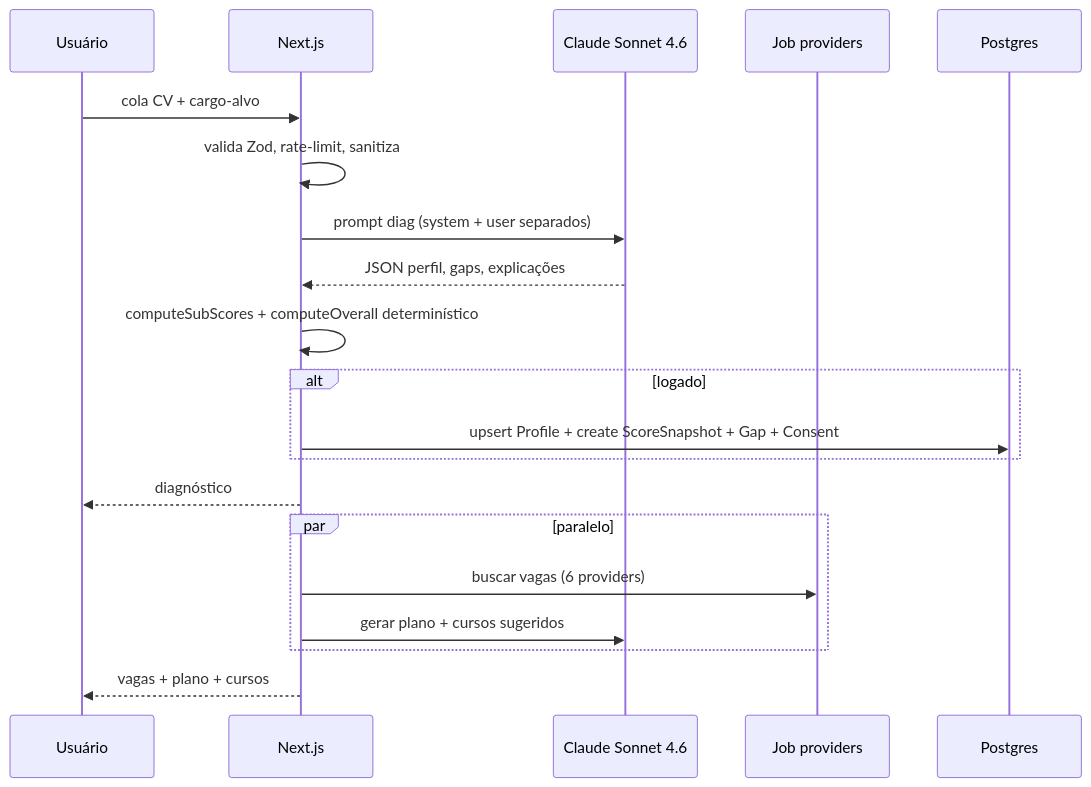
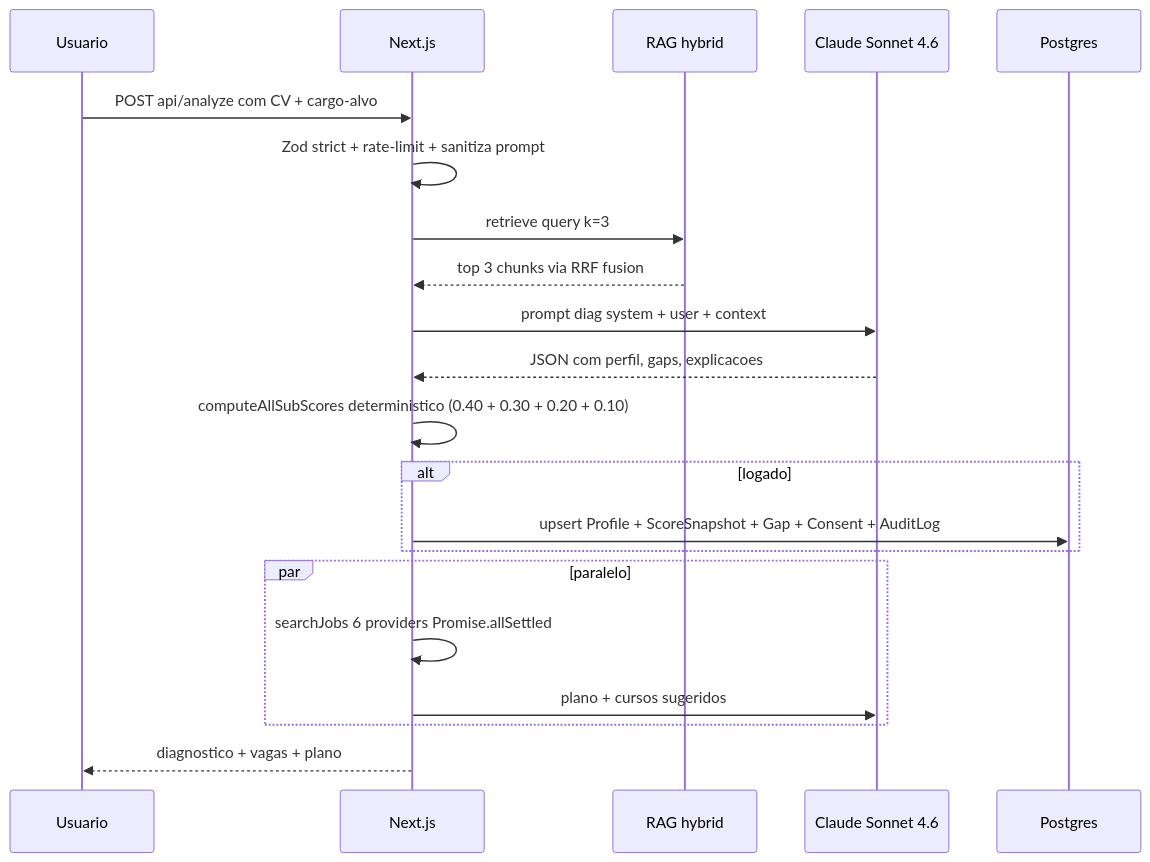
The second of 6 diagrams in README.md (akamitatrush/CareerTwinAI), drawn with Mermaid before and after one commit. The commit also changed other lines of this file, not shown here.

First line of the commit message:
fix(README): mermaid syntax em 5 diagramas (sem [/...] nem <br/>)

````diff
--- a/README.md
+++ b/README.md
@@ -45,23 +98,24 @@
 ```mermaid
 sequenceDiagram
-    participant U as Usuário
+    participant U as Usuario
     participant N as Next.js
+    participant RAG as RAG hybrid
     participant LLM as Claude Sonnet 4.6
-    participant J as Job providers
     participant DB as Postgres
 
-    U->>N: cola CV + cargo-alvo
-    N->>N: valida Zod, rate-limit, sanitiza
-    N->>LLM: prompt diag (system + user separados)
-    LLM-->>N: JSON perfil, gaps, explicações
-    N->>N: computeSubScores + computeOverall determinístico
+    U->>N: POST api/analyze com CV + cargo-alvo
+    N->>N: Zod strict + rate-limit + sanitiza prompt
+    N->>RAG: retrieve query k=3
+    RAG-->>N: top 3 chunks via RRF fusion
+    N->>LLM: prompt diag system + user + context
+    LLM-->>N: JSON com perfil, gaps, explicacoes
+    N->>N: computeAllSubScores deterministico (0.40 + 0.30 + 0.20 + 0.10)
     alt logado
-        N->>DB: upsert Profile + create ScoreSnapshot + Gap + Consent
+      N->>DB: upsert Profile + ScoreSnapshot + Gap + Consent + AuditLog
     end
-    N-->>U: diagnóstico
     par paralelo
-        N->>J: buscar vagas (6 providers)
-        N->>LLM: gerar plano + cursos sugeridos
+      N->>N: searchJobs 6 providers Promise.allSettled
+      N->>LLM: plano + cursos sugeridos
     end
-    N-->>U: vagas + plano + cursos
+    N-->>U: diagnostico + vagas + plano
 ```
````
